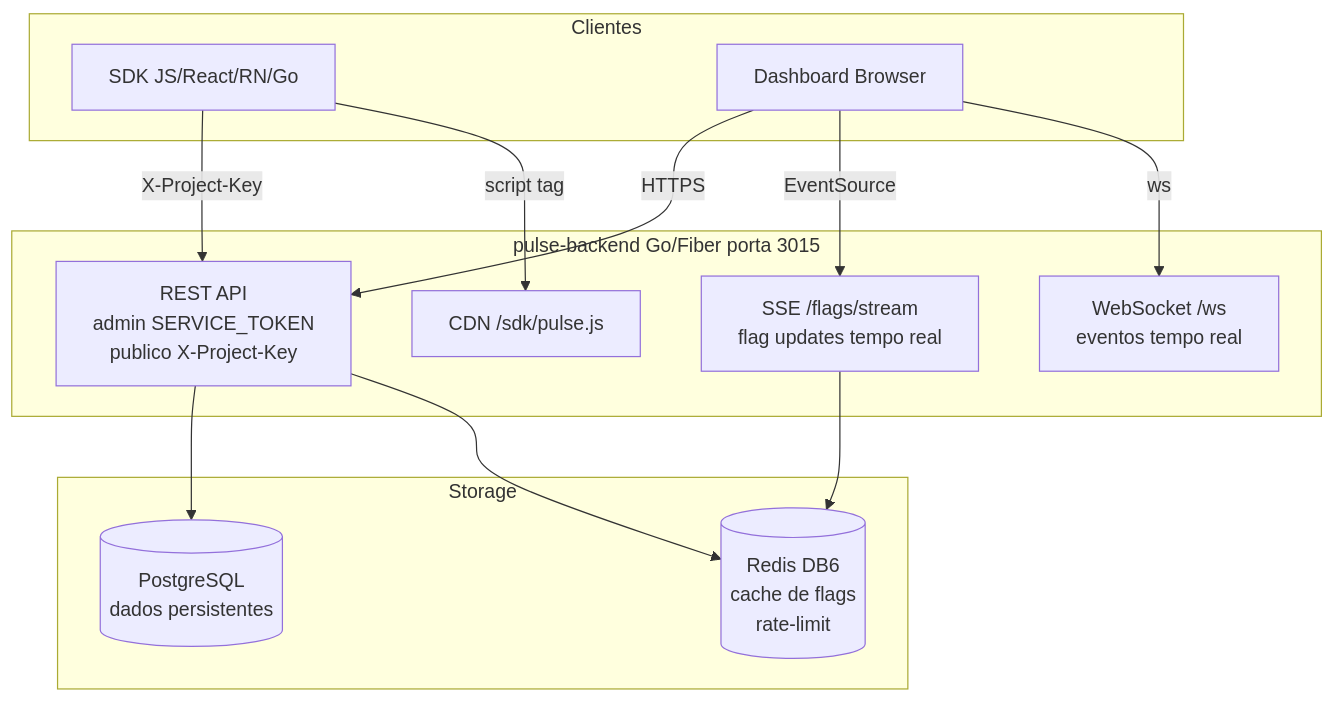
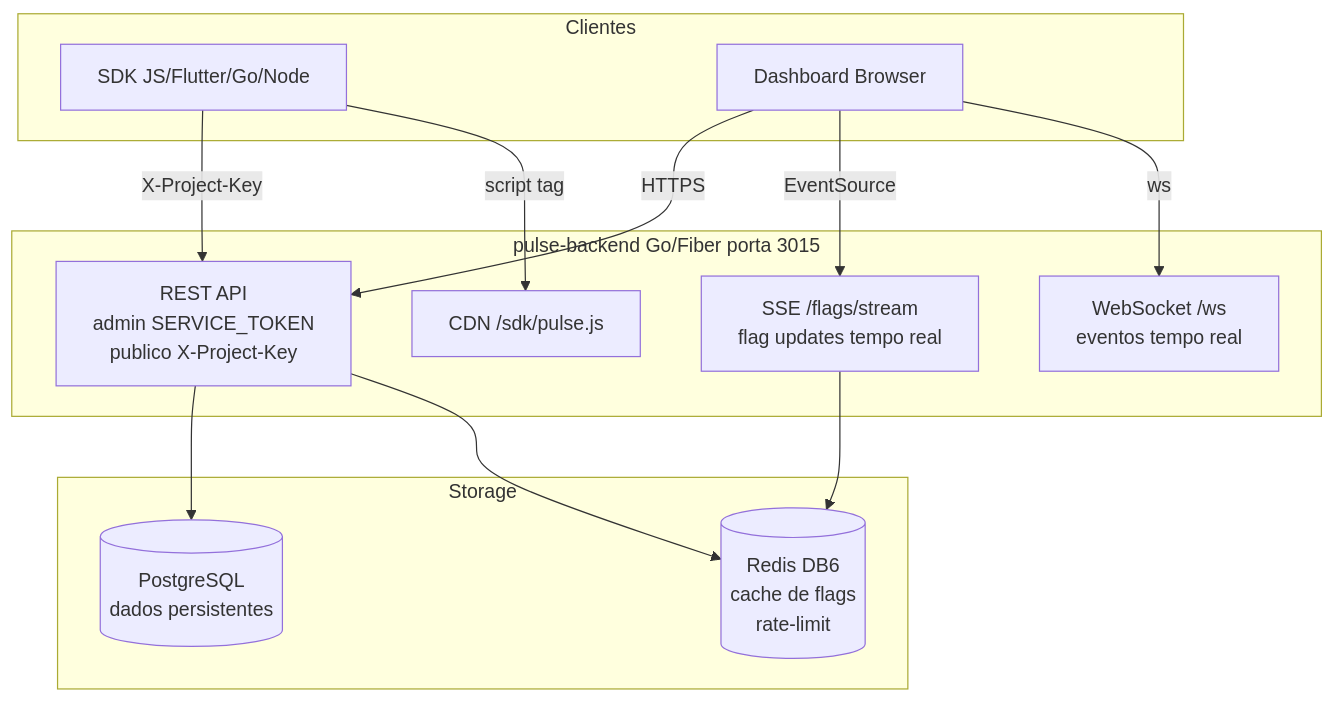
One commit to apsferreira/pulse-service changed the first of 5 diagrams in docs/self-hosted.md. Above: the diagram before and after it, drawn with Mermaid. The commit also changed other lines of this file and 3 other files, not shown here.

````diff
--- a/docs/self-hosted.md
+++ b/docs/self-hosted.md
@@ -24,28 +24,28 @@
 ```mermaid
 graph TB
     subgraph Clientes
-        SDK[SDK JS/React/RN/Go]
+        SDK[SDK JS/Flutter/Go/Node]
         Browser[Dashboard Browser]
     end
 
     subgraph pulse-backend Go/Fiber porta 3015
         API[REST API\nadmin SERVICE_TOKEN\npublico X-Project-Key]
         SSE[SSE /flags/stream\nflag updates tempo real]
         WS[WebSocket /ws\neventos tempo real]
         CDN[CDN /sdk/pulse.js]
     end
 
     subgraph Storage
         PG[(PostgreSQL\ndados persistentes)]
         Redis[(Redis DB6\ncache de flags\nrate-limit)]
     end
 
     Browser -->|HTTPS| API
     Browser -->|EventSource| SSE
     Browser -->|ws| WS
     SDK -->|X-Project-Key| API
     SDK -->|script tag| CDN
     API --> PG
     API --> Redis
     SSE --> Redis
 ```
````
